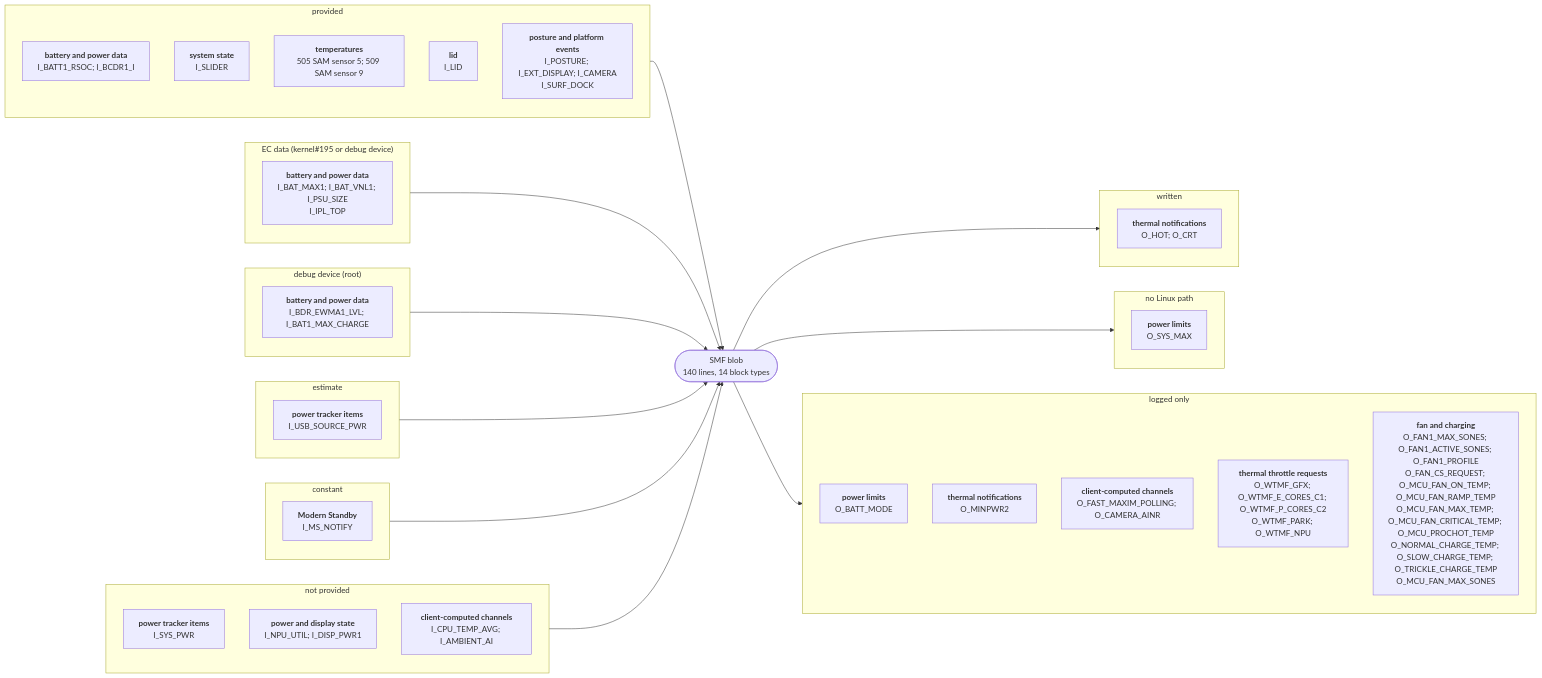
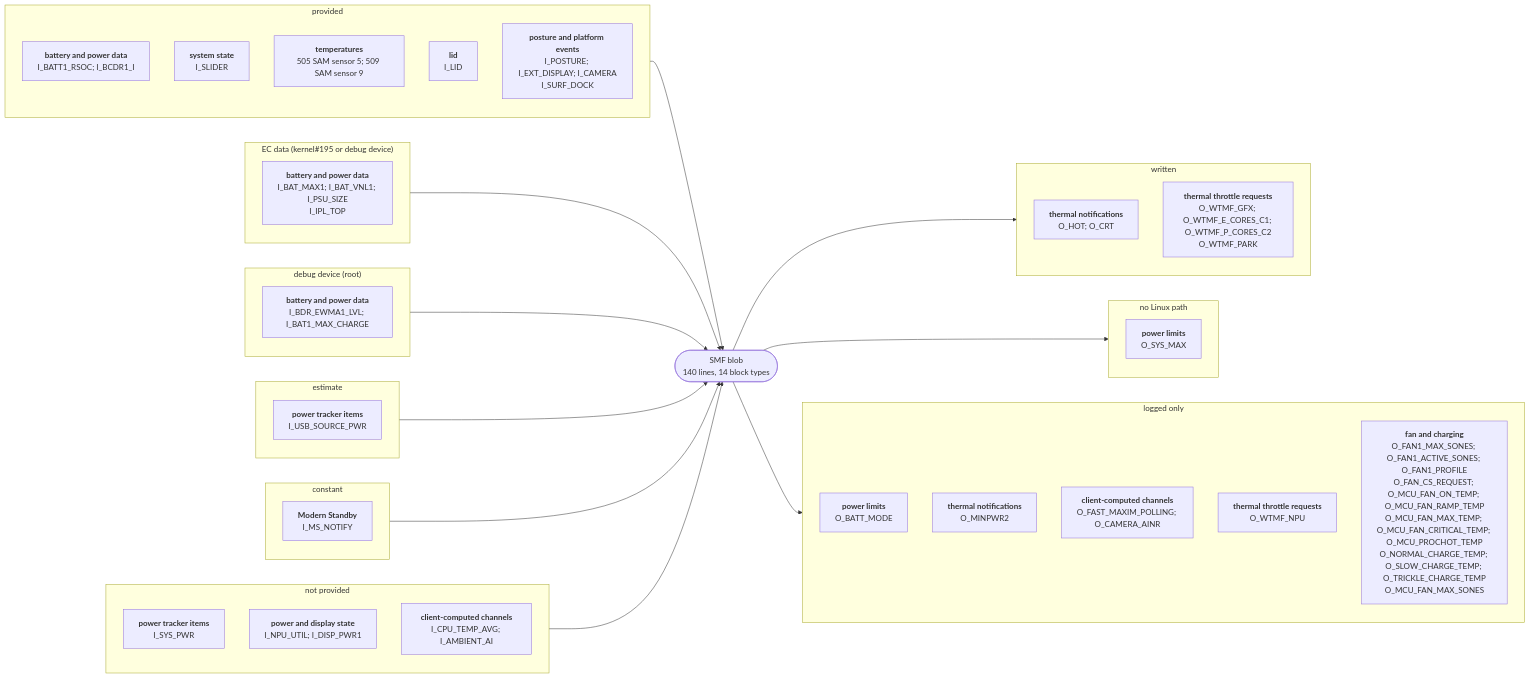
One commit to larsschellhas/linux-surface-power changed the diagram in docs/devices/surface-laptop-13.md. Above: the diagram before and after it, drawn with Mermaid. The commit also changed other lines of this file and 36 other files, not shown here.

First line of the commit message:
Throttle requests through cpufreq/GPU caps; fan and charging outputs analysed

````diff
--- a/docs/devices/surface-laptop-13.md
+++ b/docs/devices/surface-laptop-13.md
@@ -19,50 +19,51 @@
 ```mermaid
 flowchart LR
     subgraph IN0["provided"]
         I0_28B7BD85["<b>battery and power data</b><br/>I_BATT1_RSOC; I_BCDR1_I"]
         I0_2DD6960F["<b>system state</b><br/>I_SLIDER"]
         I0_2E8B14C2["<b>temperatures</b><br/>505 SAM sensor 5; 509 SAM sensor 9"]
         I0_5D0EE597["<b>lid</b><br/>I_LID"]
         I0_8060B17F["<b>posture and platform events</b><br/>I_POSTURE; I_EXT_DISPLAY; I_CAMERA<br/>I_SURF_DOCK"]
     end
     IN0 --> B
     subgraph IN1["EC data (kernel#195 or debug device)"]
         I1_28B7BD85["<b>battery and power data</b><br/>I_BAT_MAX1; I_BAT_VNL1; I_PSU_SIZE<br/>I_IPL_TOP"]
     end
     IN1 --> B
     subgraph IN2["debug device (root)"]
         I2_28B7BD85["<b>battery and power data</b><br/>I_BDR_EWMA1_LVL; I_BAT1_MAX_CHARGE"]
     end
     IN2 --> B
     subgraph IN3["estimate"]
         I3_049E36F2["<b>power tracker items</b><br/>I_USB_SOURCE_PWR"]
     end
     IN3 --> B
     subgraph IN4["constant"]
         I4_DEF1AB69["<b>Modern Standby</b><br/>I_MS_NOTIFY"]
     end
     IN4 --> B
     subgraph IN5["not provided"]
         I5_049E36F2["<b>power tracker items</b><br/>I_SYS_PWR"]
         I5_1FB53D4C["<b>power and display state</b><br/>I_NPU_UTIL; I_DISP_PWR1"]
         I5_87008365["<b>client-computed channels</b><br/>I_CPU_TEMP_AVG; I_AMBIENT_AI"]
     end
     IN5 --> B
     B(["SMF blob<br/>140 lines, 14 block types"])
     subgraph OUT0["written"]
         O0_110DF2A4["<b>thermal notifications</b><br/>O_HOT; O_CRT"]
+        O0_9BBB8910["<b>thermal throttle requests</b><br/>O_WTMF_GFX; O_WTMF_E_CORES_C1; O_WTMF_P_CORES_C2<br/>O_WTMF_PARK"]
     end
     B --> OUT0
     subgraph OUT1["no Linux path"]
         O1_0B7B5350["<b>power limits</b><br/>O_SYS_MAX"]
     end
     B --> OUT1
     subgraph OUT2["logged only"]
         O2_0B7B5350["<b>power limits</b><br/>O_BATT_MODE"]
         O2_110DF2A4["<b>thermal notifications</b><br/>O_MINPWR2"]
         O2_87008365["<b>client-computed channels</b><br/>O_FAST_MAXIM_POLLING; O_CAMERA_AINR"]
-        O2_9BBB8910["<b>thermal throttle requests</b><br/>O_WTMF_GFX; O_WTMF_E_CORES_C1; O_WTMF_P_CORES_C2<br/>O_WTMF_PARK; O_WTMF_NPU"]
+        O2_9BBB8910["<b>thermal throttle requests</b><br/>O_WTMF_NPU"]
         O2_B620798F["<b>fan and charging</b><br/>O_FAN1_MAX_SONES; O_FAN1_ACTIVE_SONES; O_FAN1_PROFILE<br/>O_FAN_CS_REQUEST; O_MCU_FAN_ON_TEMP; O_MCU_FAN_RAMP_TEMP<br/>O_MCU_FAN_MAX_TEMP; O_MCU_FAN_CRITICAL_TEMP; O_MCU_PROCHOT_TEMP<br/>O_NORMAL_CHARGE_TEMP; O_SLOW_CHARGE_TEMP; O_TRICKLE_CHARGE_TEMP<br/>O_MCU_FAN_MAX_SONES"]
     end
     B --> OUT2
 ```
````
